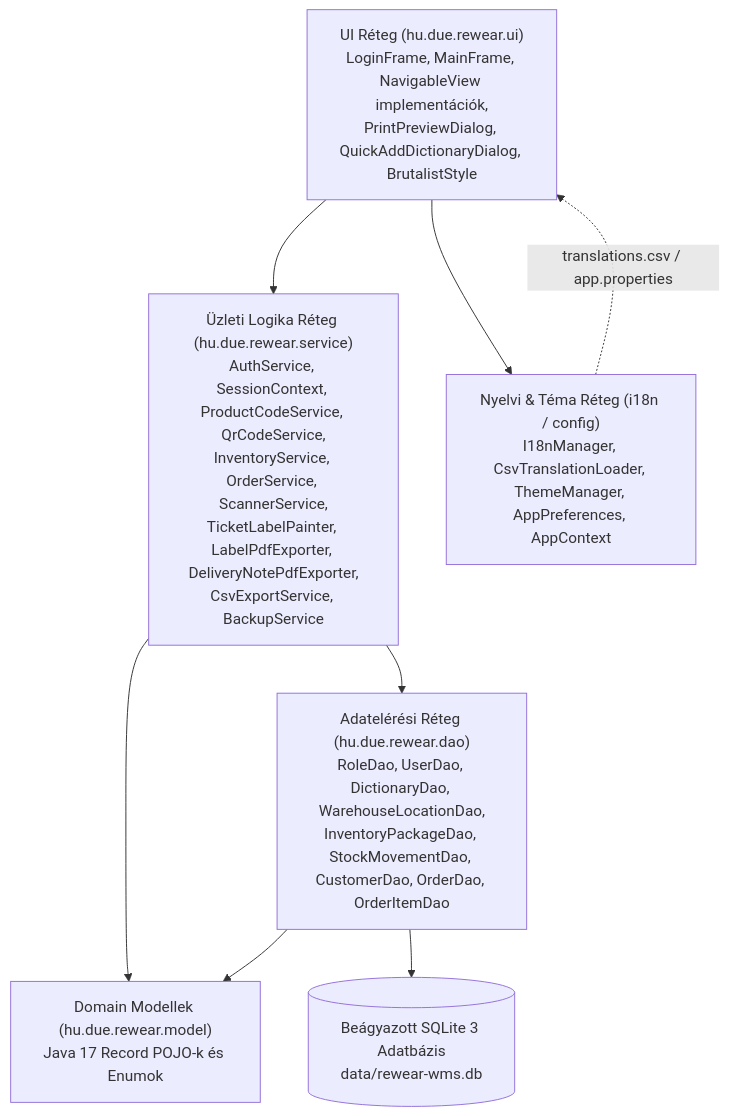
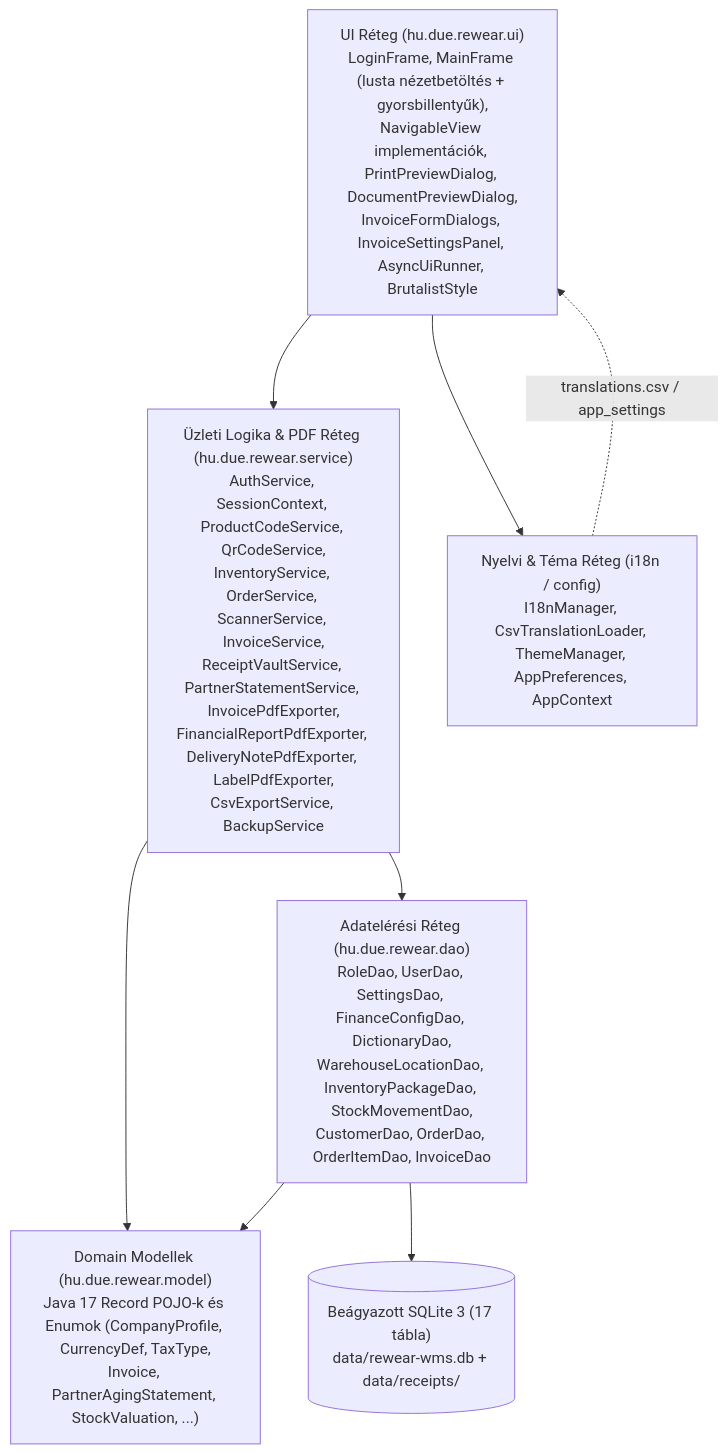
Before and after one commit to attilaczudor/due-prog-03: the first of 5 diagrams in docs/Programterv.md, drawn with Mermaid. The commit also changed other lines of this file and 9 other files, not shown here.

Commit message:
v2.1 Wave 4: add off-EDT AsyncUiRunner and sync v2.1 docs

````diff
--- a/docs/Programterv.md
+++ b/docs/Programterv.md
@@ -11,17 +11,17 @@
 ```mermaid
 flowchart TD
-    UI["UI Réteg (hu.due.rewear.ui)<br/>LoginFrame, MainFrame, NavigableView implementációk,<br/>PrintPreviewDialog, QuickAddDictionaryDialog, BrutalistStyle"]
-    SVC["Üzleti Logika Réteg (hu.due.rewear.service)<br/>AuthService, SessionContext, ProductCodeService, QrCodeService,<br/>InventoryService, OrderService, ScannerService,<br/>TicketLabelPainter, LabelPdfExporter, DeliveryNotePdfExporter,<br/>CsvExportService, BackupService"]
+    UI["UI Réteg (hu.due.rewear.ui)<br/>LoginFrame, MainFrame (lusta nézetbetöltés + gyorsbillentyűk),<br/>NavigableView implementációk, PrintPreviewDialog, DocumentPreviewDialog,<br/>InvoiceFormDialogs, InvoiceSettingsPanel, AsyncUiRunner, BrutalistStyle"]
+    SVC["Üzleti Logika & PDF Réteg (hu.due.rewear.service)<br/>AuthService, SessionContext, ProductCodeService, QrCodeService,<br/>InventoryService, OrderService, ScannerService, InvoiceService,<br/>ReceiptVaultService, PartnerStatementService, InvoicePdfExporter,<br/>FinancialReportPdfExporter, DeliveryNotePdfExporter, LabelPdfExporter,<br/>CsvExportService, BackupService"]
     I18N["Nyelvi & Téma Réteg (i18n / config)<br/>I18nManager, CsvTranslationLoader, ThemeManager, AppPreferences, AppContext"]
-    DAO["Adatelérési Réteg (hu.due.rewear.dao)<br/>RoleDao, UserDao, DictionaryDao, WarehouseLocationDao,<br/>InventoryPackageDao, StockMovementDao, CustomerDao, OrderDao, OrderItemDao"]
-    MODEL["Domain Modellek (hu.due.rewear.model)<br/>Java 17 Record POJO-k és Enumok"]
-    DB[("Beágyazott SQLite 3 Adatbázis<br/>data/rewear-wms.db")]
+    DAO["Adatelérési Réteg (hu.due.rewear.dao)<br/>RoleDao, UserDao, SettingsDao, FinanceConfigDao, DictionaryDao,<br/>WarehouseLocationDao, InventoryPackageDao, StockMovementDao,<br/>CustomerDao, OrderDao, OrderItemDao, InvoiceDao"]
+    MODEL["Domain Modellek (hu.due.rewear.model)<br/>Java 17 Record POJO-k és Enumok (CompanyProfile, CurrencyDef, TaxType,<br/>Invoice, PartnerAgingStatement, StockValuation, ...)"]
+    DB[("Beágyazott SQLite 3 (17 tábla)<br/>data/rewear-wms.db + data/receipts/")]
 
     UI --> SVC
     UI --> I18N
     SVC --> DAO
     SVC --> MODEL
     DAO --> MODEL
     DAO --> DB
-    I18N -.->|"translations.csv / app.properties"| UI
+    I18N -.->|"translations.csv / app_settings"| UI
 ```
````
